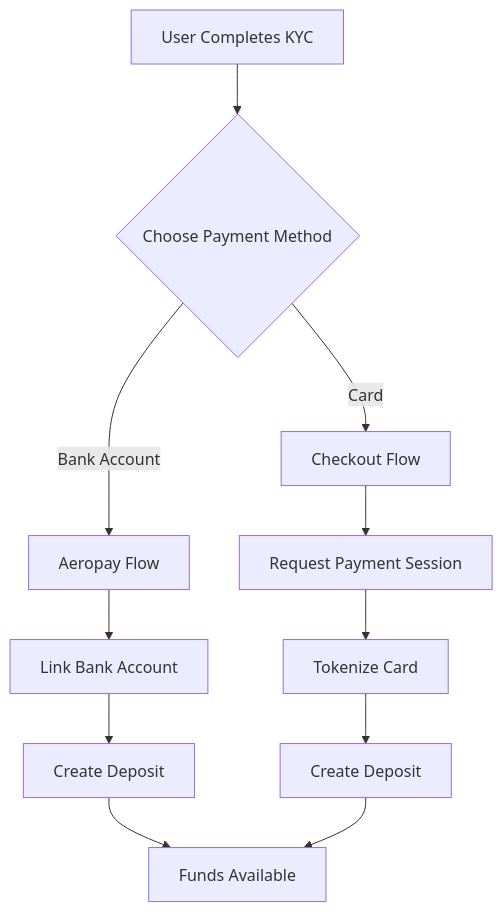
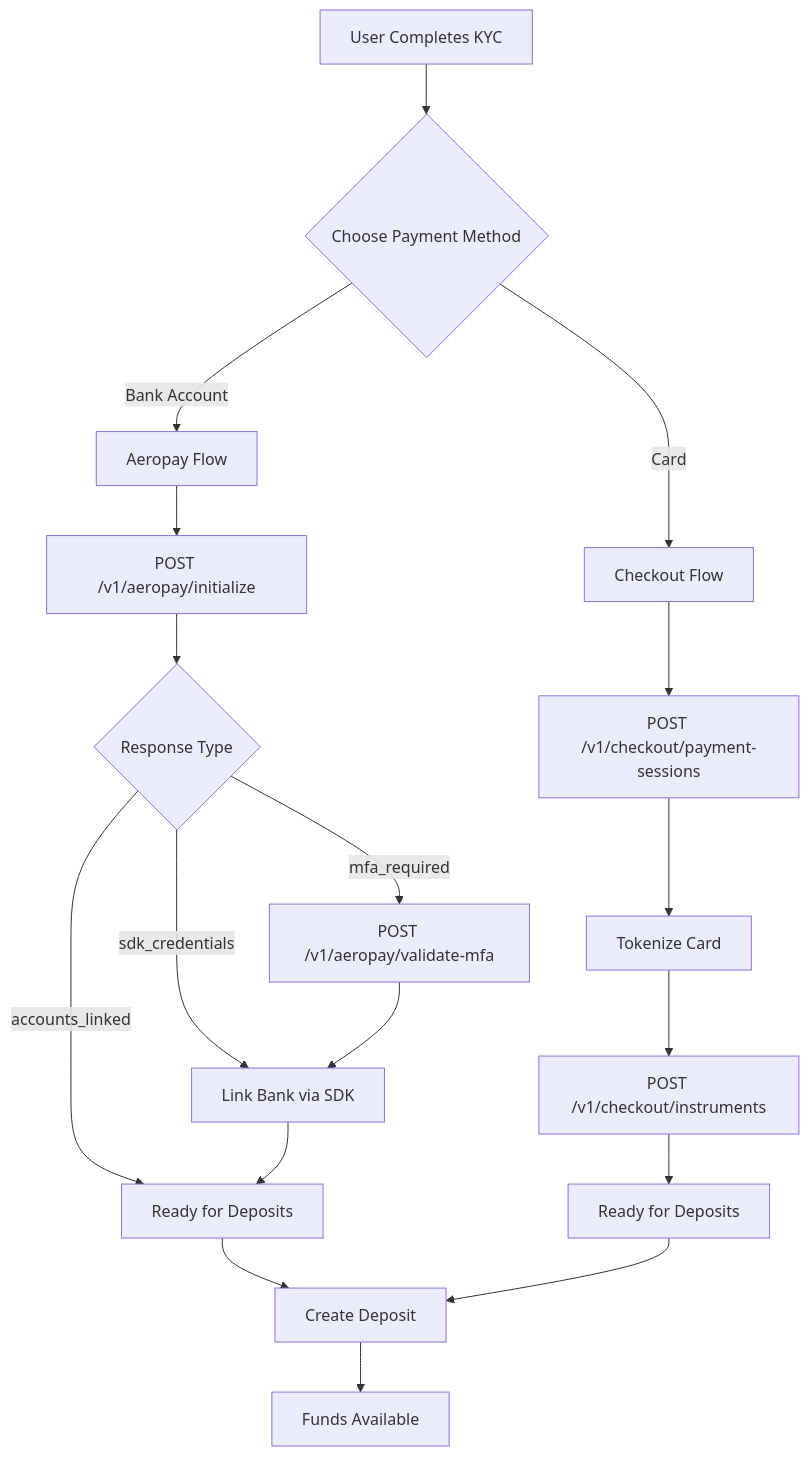
One commit to chrisr-a11y/docs changed the diagram in api-reference/payments/overview.mdx. Above: the diagram before and after it, drawn with Mermaid. The commit also changed other lines of this file and 4 other files, not shown here.

Commit message:
added aeropay and checkout.com

````diff
--- a/api-reference/payments/overview.mdx
+++ b/api-reference/payments/overview.mdx
@@ -53,13 +64,20 @@
 ```mermaid
 graph TD
     A[User Completes KYC] --> B{Choose Payment Method}
     B -->|Bank Account| C[Aeropay Flow]
     B -->|Card| D[Checkout Flow]
-    C --> E[Link Bank Account]
-    E --> F[Create Deposit]
-    D --> G[Request Payment Session]
-    G --> H[Tokenize Card]
-    H --> I[Create Deposit]
-    F --> J[Funds Available]
-    I --> J
+    C --> E[POST /v1/aeropay/initialize]
+    E --> F{Response Type}
+    F -->|mfa_required| G[POST /v1/aeropay/validate-mfa]
+    F -->|sdk_credentials| H[Link Bank via SDK]
+    F -->|accounts_linked| I[Ready for Deposits]
+    G --> H
+    H --> I
+    D --> J[POST /v1/checkout/payment-sessions]
+    J --> K[Tokenize Card]
+    K --> L[POST /v1/checkout/instruments]
+    L --> M[Ready for Deposits]
+    I --> N[Create Deposit]
+    M --> N
+    N --> O[Funds Available]
 ```
````
